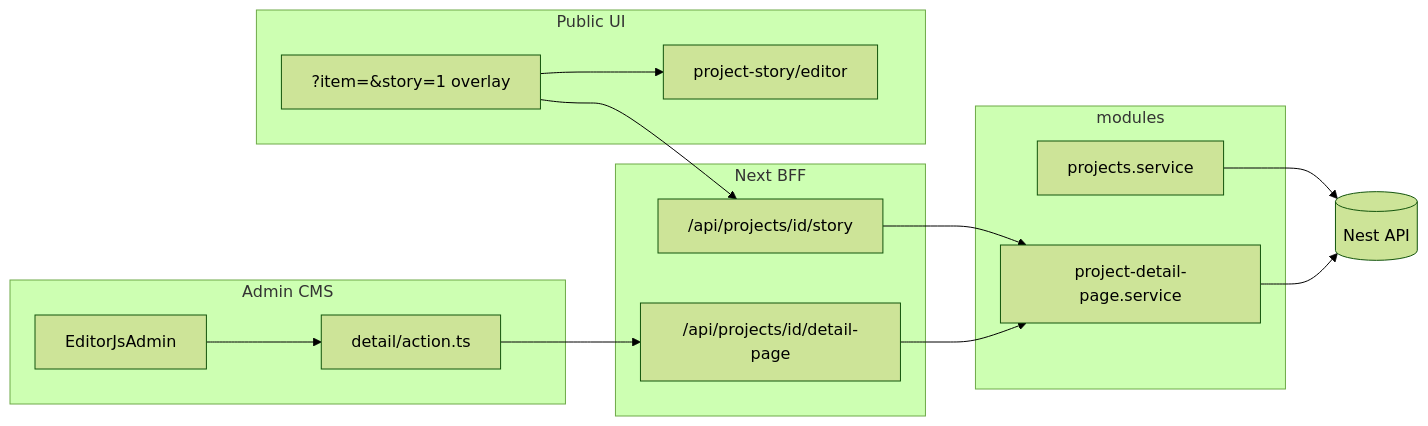
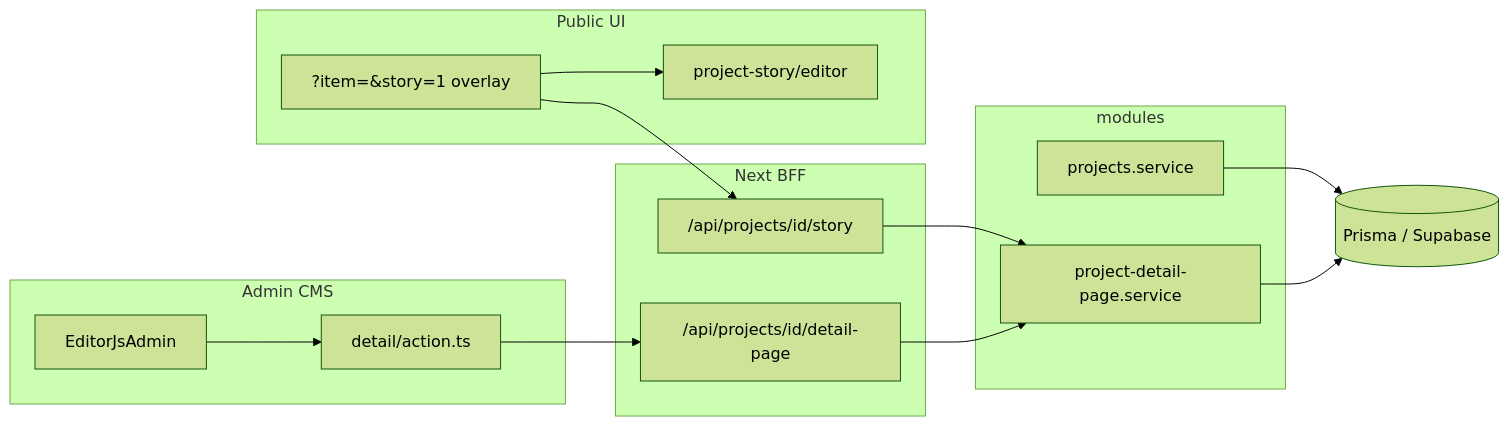
One commit to Louis-jk/portfolio changed the fourth of 7 diagrams in README.md. Above: the diagram before and after it, drawn with Mermaid (forest theme). The commit also changed other lines of this file and 56 other files, not shown here.

First line of the commit message:
feat(data): migrate from Nest API to Prisma direct and add story Realtime

````diff
--- a/README.md
+++ b/README.md
@@ -305,24 +347,24 @@
 ```mermaid
 flowchart LR
   subgraph admin [Admin CMS]
     Editor[EditorJsAdmin]
     Action[detail/action.ts]
   end
   subgraph bff [Next BFF]
     DetailAPI["/api/projects/id/detail-page"]
     StoryAPI["/api/projects/id/story"]
   end
   subgraph domain [modules]
     DetailSvc[project-detail-page.service]
     ProjectsSvc[projects.service]
   end
   subgraph publicUI [Public UI]
     Overlay["?item=&story=1 overlay"]
     Renderer[project-story/editor]
   end
-  Nest[(Nest API)]
-  Editor --> Action --> DetailAPI --> DetailSvc --> Nest
+  DB[(Prisma / Supabase)]
+  Editor --> Action --> DetailAPI --> DetailSvc --> DB
   Overlay --> StoryAPI --> DetailSvc
   Overlay --> Renderer
-  ProjectsSvc --> Nest
+  ProjectsSvc --> DB
 ```
````
